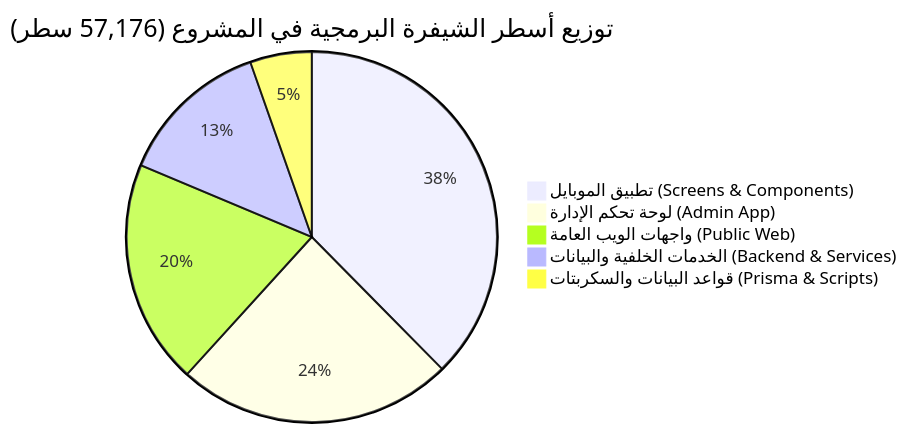
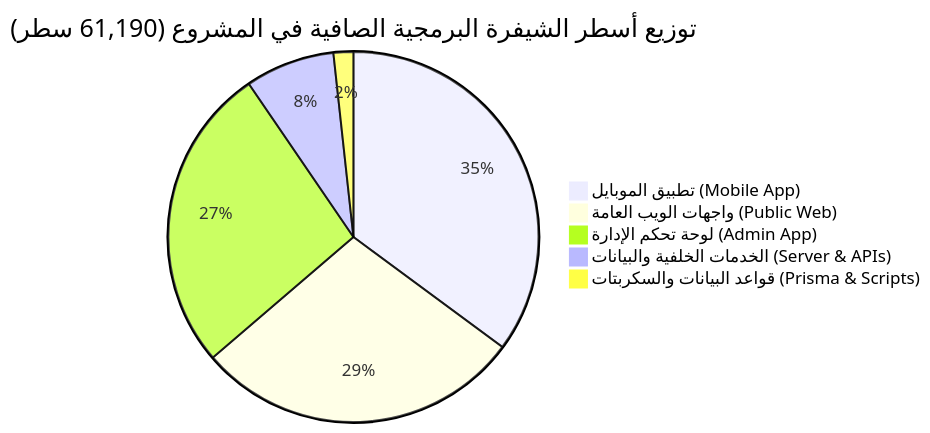
The first of 3 diagrams in LARGE_FILES_ANALYSIS.md (ammarnaass/slam-dunk-w), drawn with Mermaid before and after one commit. The commit also changed other lines of this file and 108 other files, not shown here.

First line of the commit message:
refactor: modularize large admin and mobile components to eliminate technical debt

````diff
--- a/LARGE_FILES_ANALYSIS.md
+++ b/LARGE_FILES_ANALYSIS.md
@@ -33,8 +35,8 @@
 ```mermaid
-pie title توزيع أسطر الشيفرة البرمجية في المشروع (57,176 سطر)
-    "تطبيق الموبايل (Screens & Components)" : 21500
-    "لوحة تحكم الإدارة (Admin App)" : 13800
-    "واجهات الويب العامة (Public Web)" : 11200
-    "الخدمات الخلفية والبيانات (Backend & Services)" : 7600
-    "قواعد البيانات والسكربتات (Prisma & Scripts)" : 3076
+pie title توزيع أسطر الشيفرة البرمجية الصافية في المشروع (61,190 سطر)
+    "تطبيق الموبايل (Mobile App)" : 21490
+    "واجهات الويب العامة (Public Web)" : 17500
+    "لوحة تحكم الإدارة (Admin App)" : 16367
+    "الخدمات الخلفية والبيانات (Server & APIs)" : 4775
+    "قواعد البيانات والسكربتات (Prisma & Scripts)" : 1058
 ```
````
